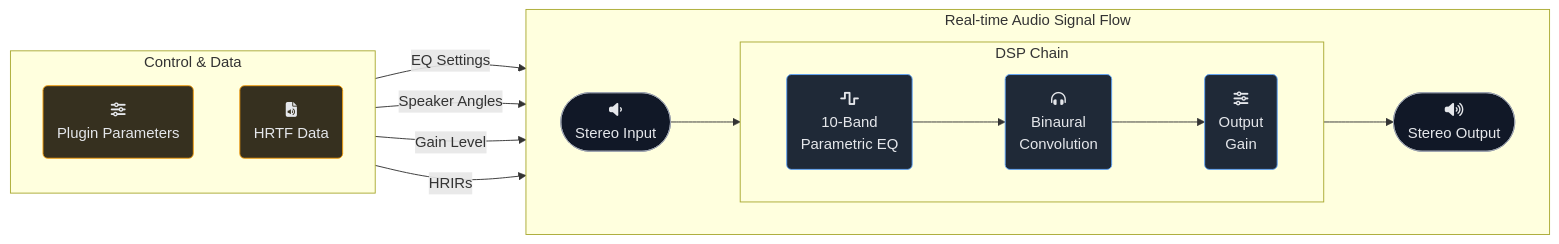
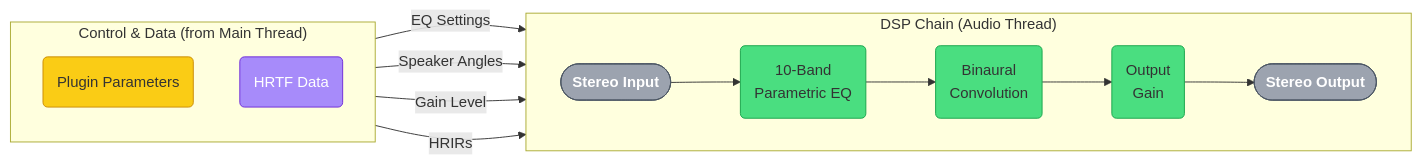
The second of 2 diagrams in README.md (KiloHertzian/Open-Headstage), drawn with Mermaid before and after one commit. The commit also changed other lines of this file and 2 other files, not shown here.

Commit message:
docs: Redesign README diagrams for clarity and style

````diff
--- a/README.md
+++ b/README.md
@@ -111,36 +109,29 @@
 ```mermaid
 graph LR
-    subgraph "Real-time Audio Signal Flow"
+    %% === Style Definitions ===
+    classDef io fill:#9ca3af,stroke:#4b5563,color:#fff,font-weight:bold
+    classDef dsp fill:#4ade80,stroke:#16a34a,color:#333
+    classDef control fill:#facc15,stroke:#ca8a04,color:#333
+    classDef data fill:#a78bfa,stroke:#6d28d9,color:#fff
+
+    %% === Node Declarations ===
+    subgraph "DSP Chain (Audio Thread)"
         direction LR
-        Input([fa:fa-volume-down<br>Stereo Input])
-        Output([fa:fa-volume-up<br>Stereo Output])
-        
-        subgraph "DSP Chain"
-            direction LR
-            EQ(fa:fa-wave-square<br>10-Band<br>Parametric EQ) --> Convolution(fa:fa-headphones-alt<br>Binaural<br>Convolution) --> Gain(fa:fa-sliders-h<br>Output<br>Gain)
-        end
-
-        Input --> EQ
-        Gain --> Output
+        Input([Stereo Input]):::io --> EQ(10-Band<br>Parametric EQ):::dsp
+        EQ --> Convolution(Binaural<br>Convolution):::dsp
+        Convolution --> Gain(Output<br>Gain):::dsp
+        Gain --> Output([Stereo Output]):::io
     end
 
-    subgraph "Control & Data"
+    subgraph "Control & Data (from Main Thread)"
         direction TB
-        PluginState(fa:fa-sliders-h<br>Plugin Parameters)
-        HRTFData(fa:fa-file-audio<br>HRTF Data)
+        PluginState(Plugin Parameters):::control
+        HRTFData(HRTF Data):::data
     end
 
+    %% === Connections ===
     PluginState -- "EQ Settings" --> EQ
     PluginState -- "Speaker Angles" --> Convolution
     PluginState -- "Gain Level" --> Gain
     HRTFData -- "HRIRs" --> Convolution
-
-    %% --- Styling ---
-    classDef io fill:#111827,stroke:#9ca3af,color:#e5e7eb
-    classDef dsp fill:#1f2937,stroke:#60a5fa,color:#e5e7eb
-    classDef control fill:#36301f,stroke:#f59e0b,color:#e5e7eb
-
-    class Input,Output io
-    class EQ,Convolution,Gain dsp
-    class PluginState,HRTFData control
 ```
````
